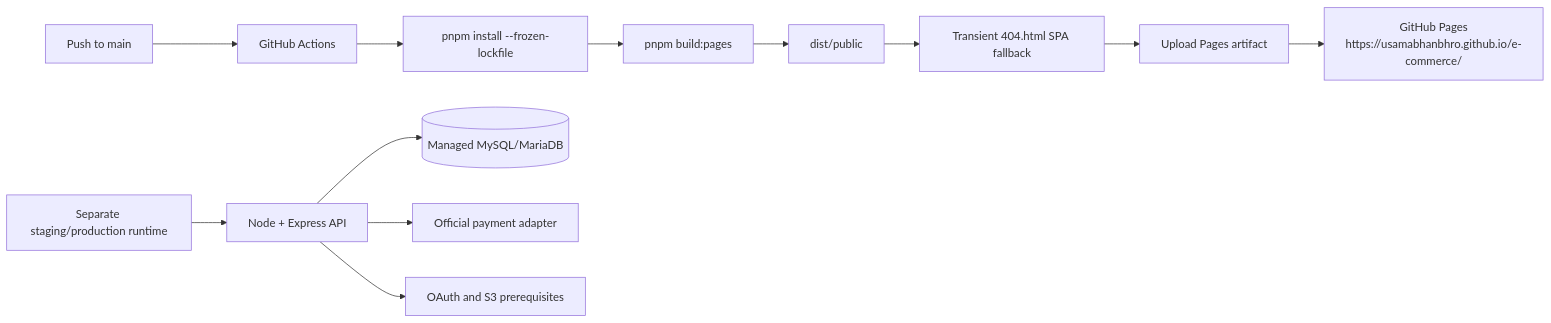
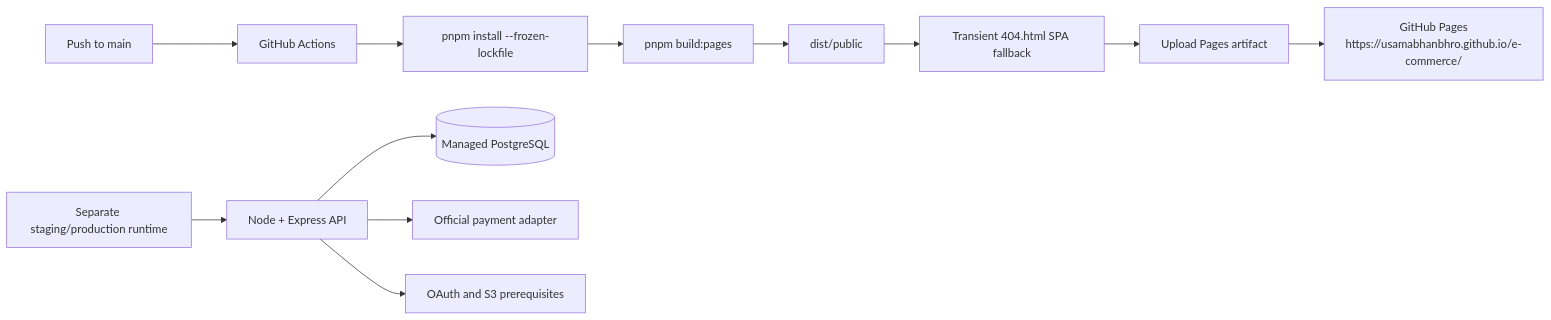
The second of 2 diagrams in docs/architecture.md (Usamabhanbhro/e-commerce), drawn with Mermaid before and after one commit. The commit also changed other lines of this file and 32 other files, not shown here.

Commit message:
feat: migrate relational persistence from MySQL to PostgreSQL

````diff
--- a/docs/architecture.md
+++ b/docs/architecture.md
@@ -145,15 +150,15 @@
 ```mermaid
 flowchart LR
   A[Push to main] --> B[GitHub Actions]
   B --> C[pnpm install --frozen-lockfile]
   C --> D[pnpm build:pages]
   D --> E[dist/public]
   E --> F[Transient 404.html SPA fallback]
   F --> G[Upload Pages artifact]
   G --> H[GitHub Pages\nhttps://usamabhanbhro.github.io/e-commerce/]
 
   I[Separate staging/production runtime] --> J[Node + Express API]
-  J --> K[(Managed MySQL/MariaDB)]
+  J --> K[(Managed PostgreSQL)]
   J --> L[Official payment adapter]
   J --> M[OAuth and S3 prerequisites]
 ```
````
